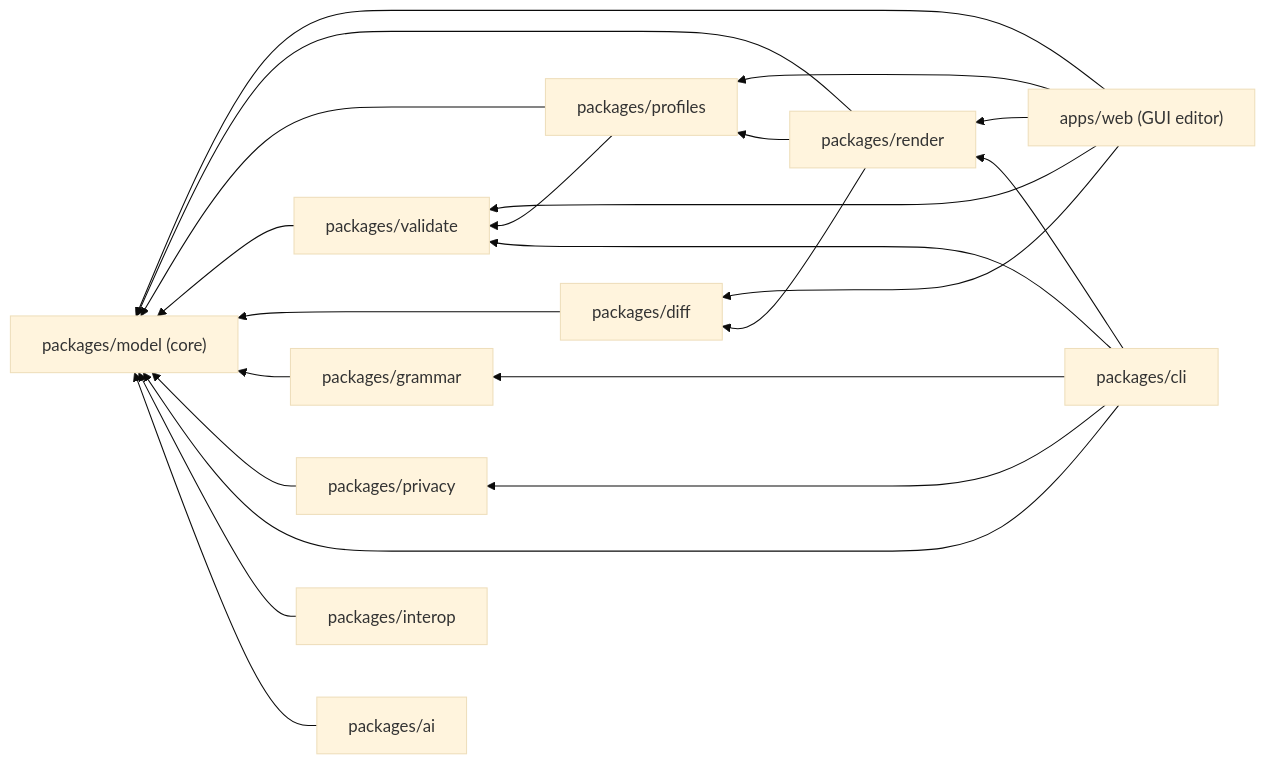
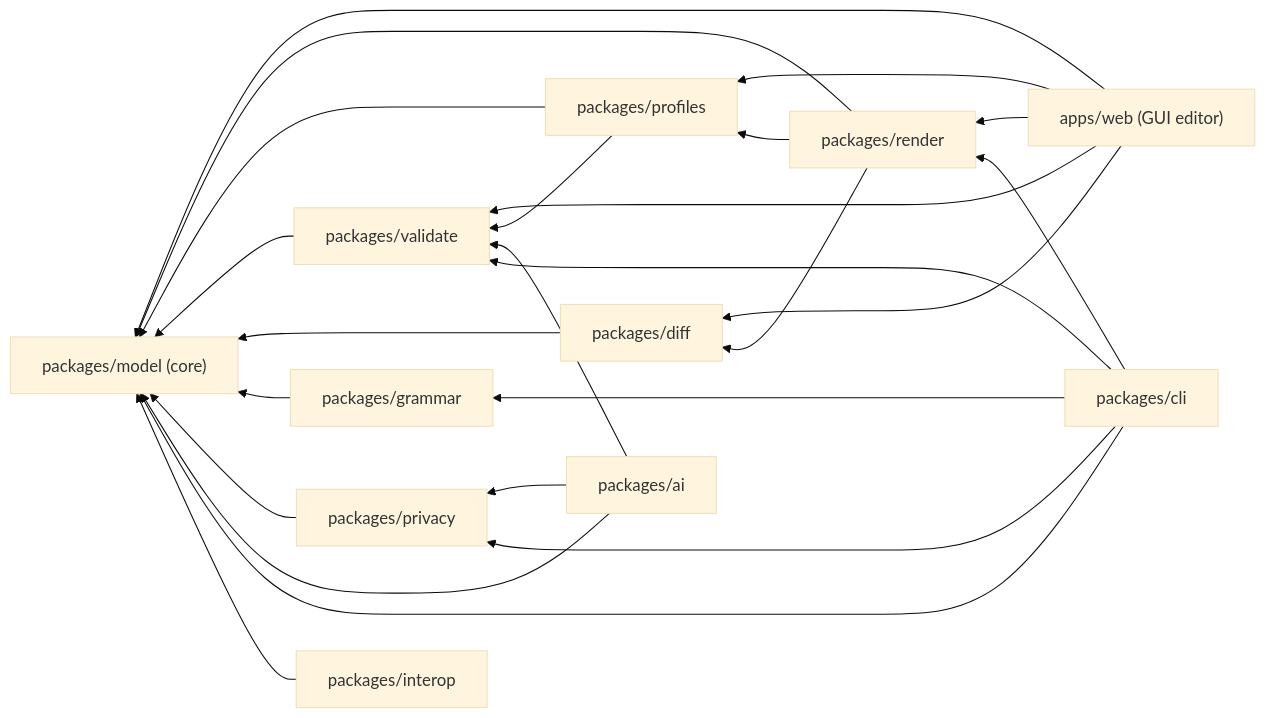
Before and after one commit to Pipeliner/psyuml: the diagram in sdd/README.md, drawn with Mermaid (base theme). The commit also changed 8 other files, not shown here.

````diff
--- a/sdd/README.md
+++ b/sdd/README.md
@@ -55,25 +55,27 @@
 ```mermaid
 flowchart RL
     web["apps/web (GUI editor)"] --> render
     web --> validate
     web --> profiles
     web --> diff
     web --> model
     render["packages/render"] --> profiles
     render --> diff
     render --> model
     profiles["packages/profiles"] --> validate
     profiles --> model
     validate["packages/validate"] --> model
     diff["packages/diff"] --> model
     grammar["packages/grammar"] --> model
     privacy["packages/privacy"] --> model
+    ai["packages/ai"] --> validate
+    ai --> privacy
+    ai --> model
     cli["packages/cli"] --> validate
     cli --> render
     cli --> grammar
     cli --> privacy
     cli --> model
     interop["packages/interop"] --> model
-    ai["packages/ai"] --> model
     model["packages/model (core)"]
 ```
````
